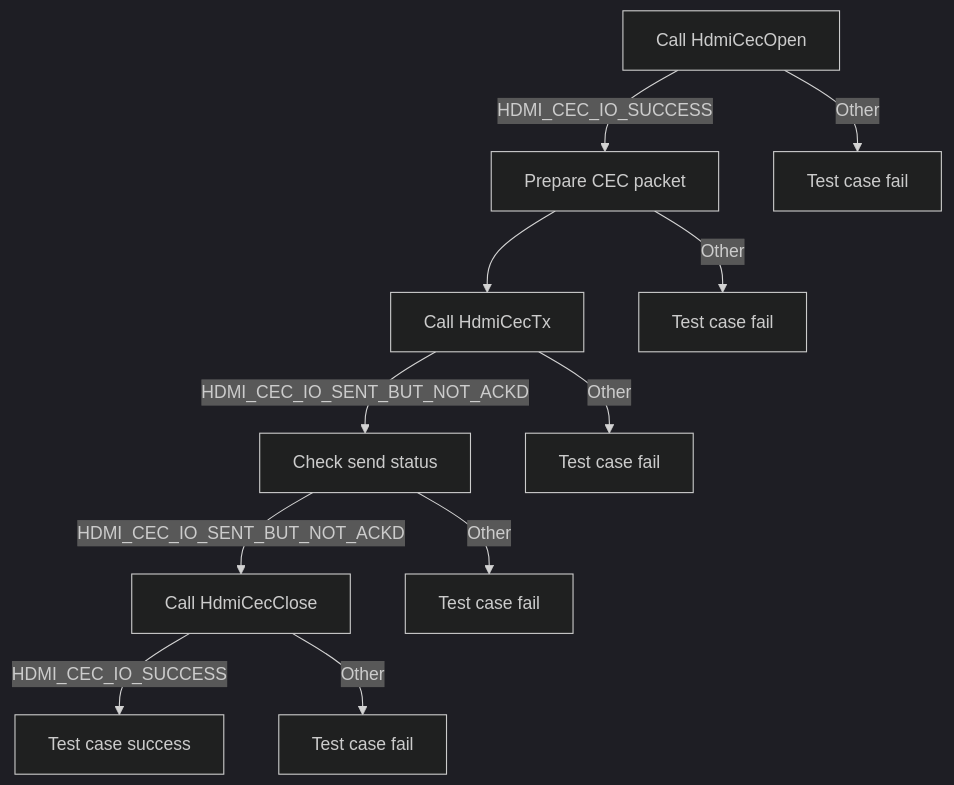
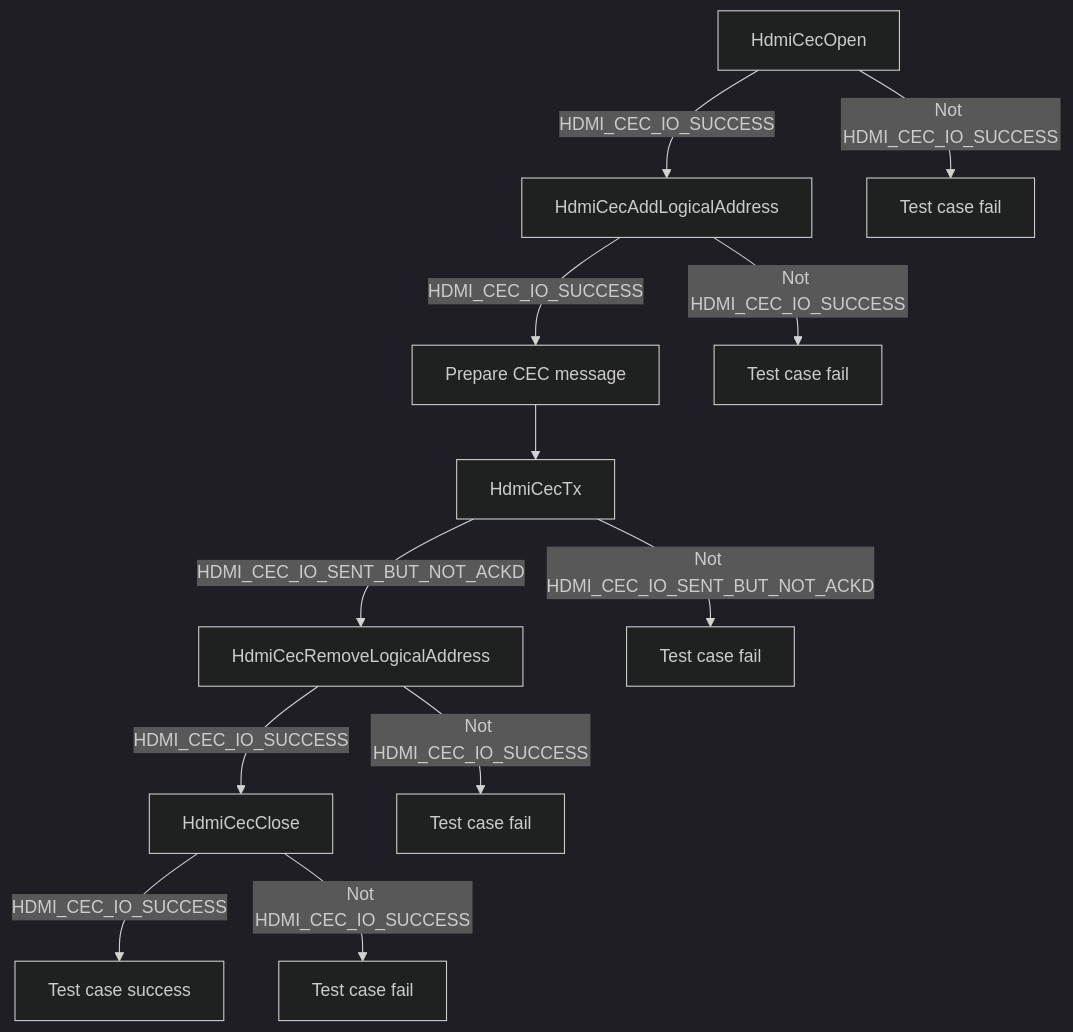
The sixth of 6 diagrams in docs/pages/l2_hdmi_cec_driver_test_specification.md (rdkcentral/rdk-halif-test-hdmi_cec), drawn with Mermaid (dark theme) before and after one commit. The commit also changed other lines of this file and 4 other files, not shown here.

Commit message:
L2 Tests for HDMI CEC Generate L2 tests for the updated  HL spec and Interface file

````diff
--- a/docs/pages/l2_hdmi_cec_driver_test_specification.md
+++ b/docs/pages/l2_hdmi_cec_driver_test_specification.md
@@ -302,13 +304,14 @@
 ```mermaid
 graph TB
-A[Call HdmiCecOpen] -->|HDMI_CEC_IO_SUCCESS| B[Prepare CEC packet]
-A -->|Other| A1[Test case fail]
-B --> C[Call HdmiCecTx]
-B -->|Other| B1[Test case fail]
-C -->|HDMI_CEC_IO_SENT_BUT_NOT_ACKD| D[Check send status]
-C -->|Other| C1[Test case fail]
-D -->|HDMI_CEC_IO_SENT_BUT_NOT_ACKD| E[Call HdmiCecClose]
-D -->|Other| D1[Test case fail]
-E -->|HDMI_CEC_IO_SUCCESS| F[Test case success]
-E -->|Other| E1[Test case fail]
+A[HdmiCecOpen] -- "HDMI_CEC_IO_SUCCESS" --> B[HdmiCecAddLogicalAddress]
+A -- "Not HDMI_CEC_IO_SUCCESS" --> A1[Test case fail]
+B -- "HDMI_CEC_IO_SUCCESS" --> C[Prepare CEC message]
+B -- "Not HDMI_CEC_IO_SUCCESS" --> B1[Test case fail]
+C --> D[HdmiCecTx]
+D -- "HDMI_CEC_IO_SENT_BUT_NOT_ACKD" --> E[HdmiCecRemoveLogicalAddress]
+D -- "Not HDMI_CEC_IO_SENT_BUT_NOT_ACKD" --> D1[Test case fail]
+E -- "HDMI_CEC_IO_SUCCESS" --> F[HdmiCecClose]
+E -- "Not HDMI_CEC_IO_SUCCESS" --> E1[Test case fail]
+F -- "HDMI_CEC_IO_SUCCESS" --> G[Test case success]
+F -- "Not HDMI_CEC_IO_SUCCESS" --> F1[Test case fail]
 ```
````
